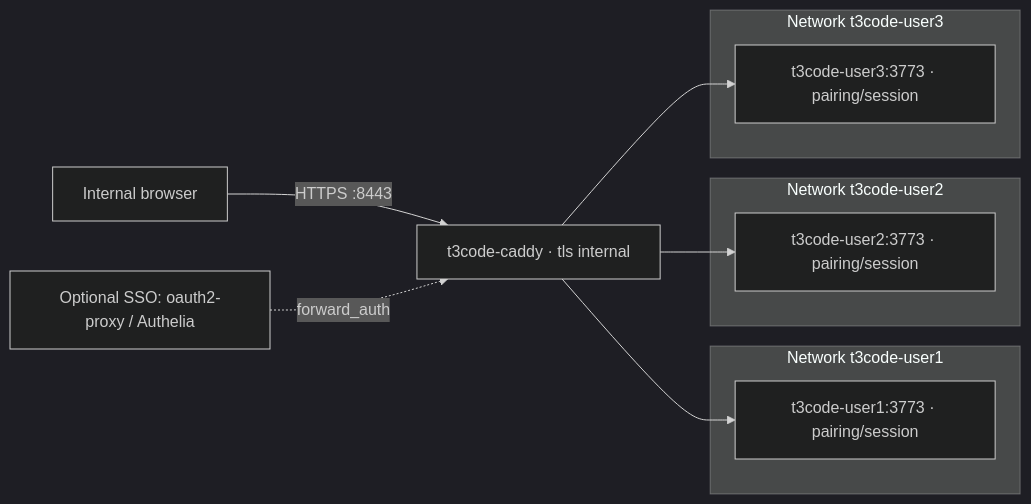
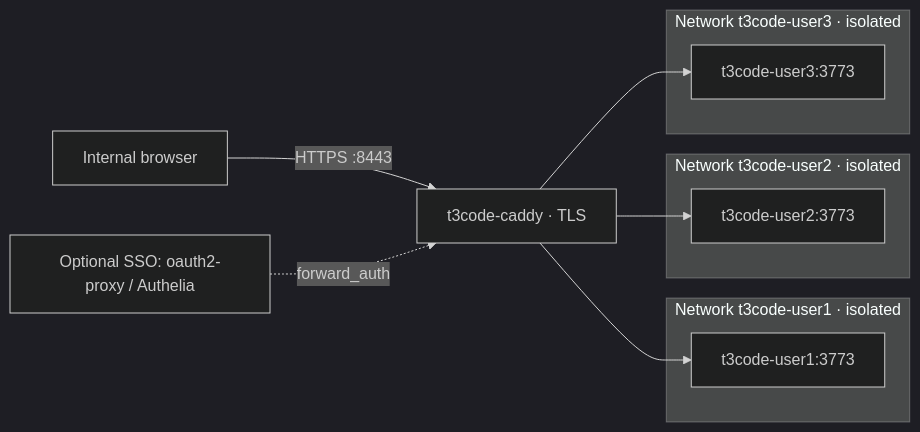
The diagram in README.md (Sunwood-ai-labs/t3code-podman-workspaces), drawn with Mermaid (dark theme) before and after one commit. The commit also changed other lines of this file and 8 other files, not shown here.

````diff
--- a/README.md
+++ b/README.md
@@ -11,17 +31,17 @@
 ```mermaid
 flowchart LR
-    Browser[Internal browser] -->|HTTPS :8443| Caddy["t3code-caddy · tls internal"]
+    Browser[Internal browser] -->|HTTPS :8443| Caddy["t3code-caddy · TLS"]
     SSO["Optional SSO: oauth2-proxy / Authelia"] -. forward_auth .-> Caddy
-    subgraph N1[Network t3code-user1]
-        U1["t3code-user1:3773 · pairing/session"]
+    subgraph N1[Network t3code-user1 · isolated]
+        U1["t3code-user1:3773"]
     end
-    subgraph N2[Network t3code-user2]
-        U2["t3code-user2:3773 · pairing/session"]
+    subgraph N2[Network t3code-user2 · isolated]
+        U2["t3code-user2:3773"]
     end
-    subgraph N3[Network t3code-user3]
-        U3["t3code-user3:3773 · pairing/session"]
+    subgraph N3[Network t3code-user3 · isolated]
+        U3["t3code-user3:3773"]
     end
     Caddy --> U1
     Caddy --> U2
     Caddy --> U3
 ```
````
